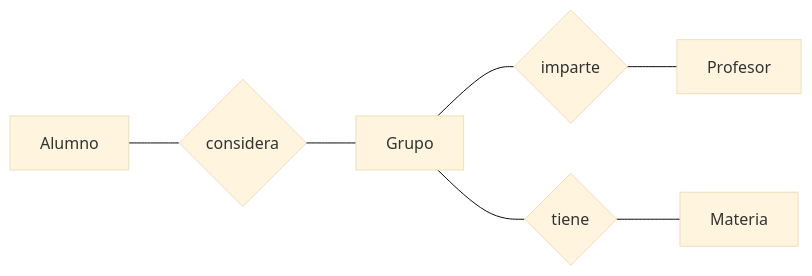
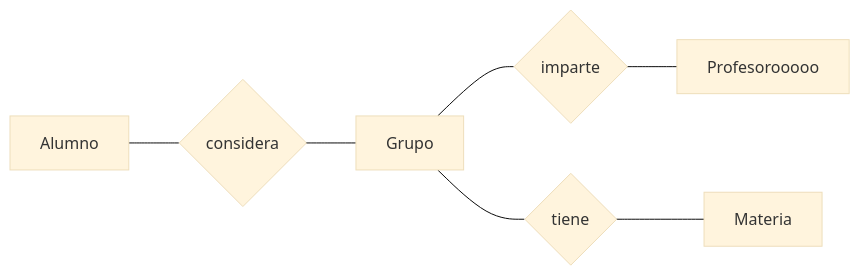
One commit to fcalod/Parcial1 changed the diagram in README.md. Above: the diagram before and after it, drawn with Mermaid (base theme).

````diff
--- a/README.md
+++ b/README.md
@@ -21,14 +21,14 @@
 ```mermaid
 graph LR
 A[Grupo]
 B[Materia]
-C[Profesor]
+C[Profesorooooo]
 D[Alumno]
 F{imparte}
 G{tiene}
 H{considera}
 
 D---H---A
 A --- F --- C
 A --- G --- B
 ```
````
